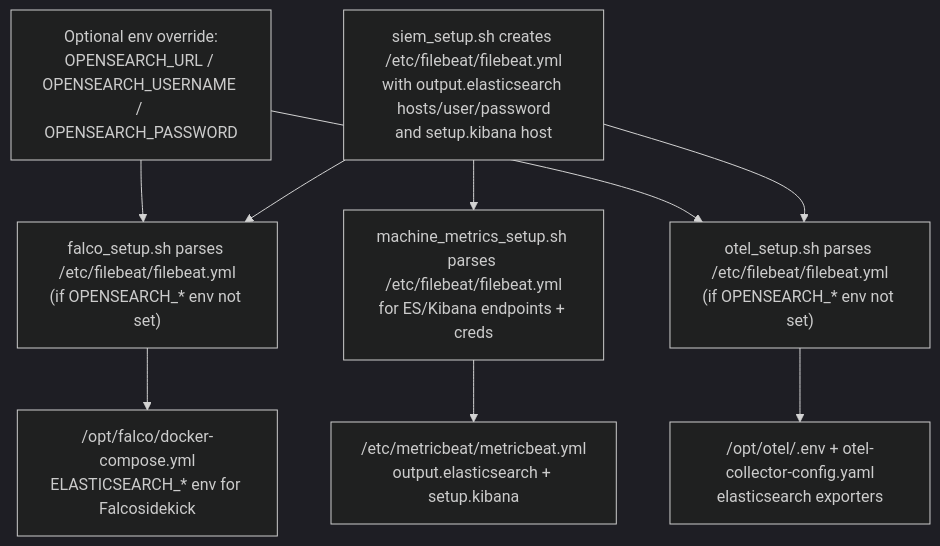
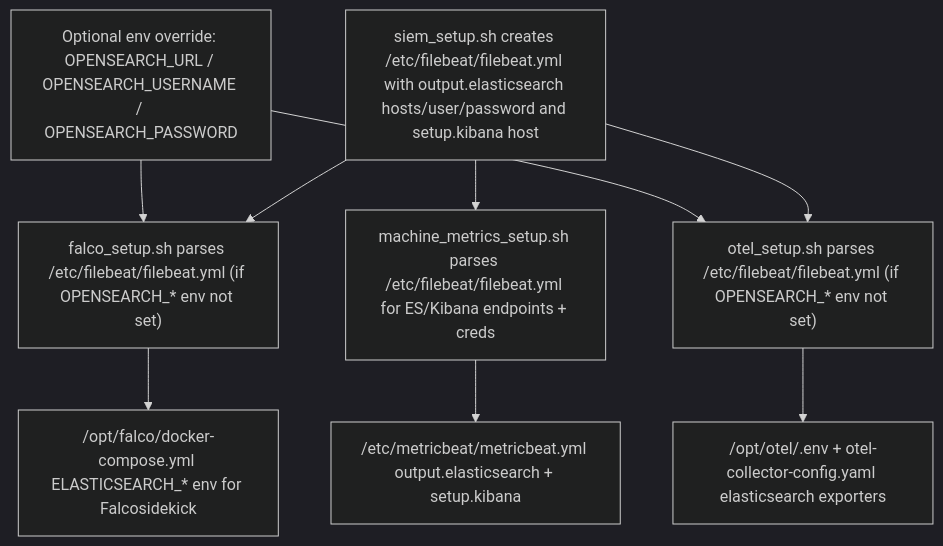
One commit to Ghazimabrouki/PFE-17-02-2026 changed the third of 6 diagrams in README.md. Above: the diagram before and after it, drawn with Mermaid (dark theme). The commit also changed other lines of this file, not shown here.

First line of the commit message:
Refactor mermaid diagrams for clarity

````diff
--- a/README.md
+++ b/README.md
@@ -230,18 +230,18 @@
 ```mermaid
 flowchart TD
-  SIEM_CFG["siem_setup.sh creates /etc/filebeat/filebeat.yml\nwith output.elasticsearch hosts/user/password\nand setup.kibana host"]
-  FALCO_PARSE["falco_setup.sh parses /etc/filebeat/filebeat.yml\n(if OPENSEARCH_* env not set)"]
-  OTEL_PARSE["otel_setup.sh parses /etc/filebeat/filebeat.yml\n(if OPENSEARCH_* env not set)"]
-  MB_PARSE["machine_metrics_setup.sh parses /etc/filebeat/filebeat.yml\nfor ES/Kibana endpoints + creds"]
+  SIEM_CFG["siem_setup.sh creates /etc/filebeat/filebeat.yml with output.elasticsearch hosts/user/password and setup.kibana host"]
+  FALCO_PARSE["falco_setup.sh parses /etc/filebeat/filebeat.yml (if OPENSEARCH_* env not set)"]
+  OTEL_PARSE["otel_setup.sh parses /etc/filebeat/filebeat.yml (if OPENSEARCH_* env not set)"]
+  MB_PARSE["machine_metrics_setup.sh parses /etc/filebeat/filebeat.yml for ES/Kibana endpoints + creds"]
 
   SIEM_CFG --> FALCO_PARSE
   SIEM_CFG --> OTEL_PARSE
   SIEM_CFG --> MB_PARSE
 
-  ENV_OVERRIDE["Optional env override:\nOPENSEARCH_URL / OPENSEARCH_USERNAME / OPENSEARCH_PASSWORD"] --> FALCO_PARSE
+  ENV_OVERRIDE["Optional env override: OPENSEARCH_URL / OPENSEARCH_USERNAME / OPENSEARCH_PASSWORD"] --> FALCO_PARSE
   ENV_OVERRIDE --> OTEL_PARSE
 
-  FALCO_PARSE --> FALCO_DEPLOY["/opt/falco/docker-compose.yml\nELASTICSEARCH_* env for Falcosidekick"]
-  OTEL_PARSE --> OTEL_DEPLOY["/opt/otel/.env + otel-collector-config.yaml\nelasticsearch exporters"]
-  MB_PARSE --> MB_CFG["/etc/metricbeat/metricbeat.yml\noutput.elasticsearch + setup.kibana"]
+  FALCO_PARSE --> FALCO_DEPLOY["/opt/falco/docker-compose.yml ELASTICSEARCH_* env for Falcosidekick"]
+  OTEL_PARSE --> OTEL_DEPLOY["/opt/otel/.env + otel-collector-config.yaml elasticsearch exporters"]
+  MB_PARSE --> MB_CFG["/etc/metricbeat/metricbeat.yml output.elasticsearch + setup.kibana"]
 ```
````
